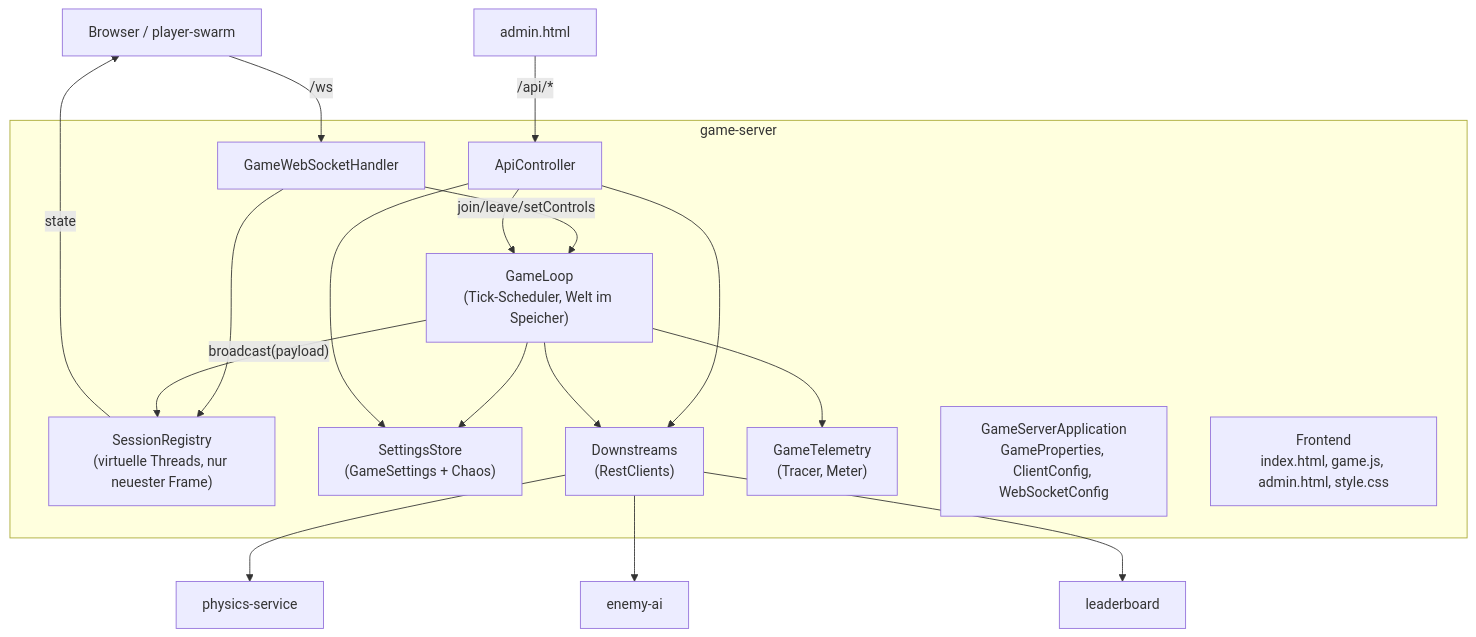
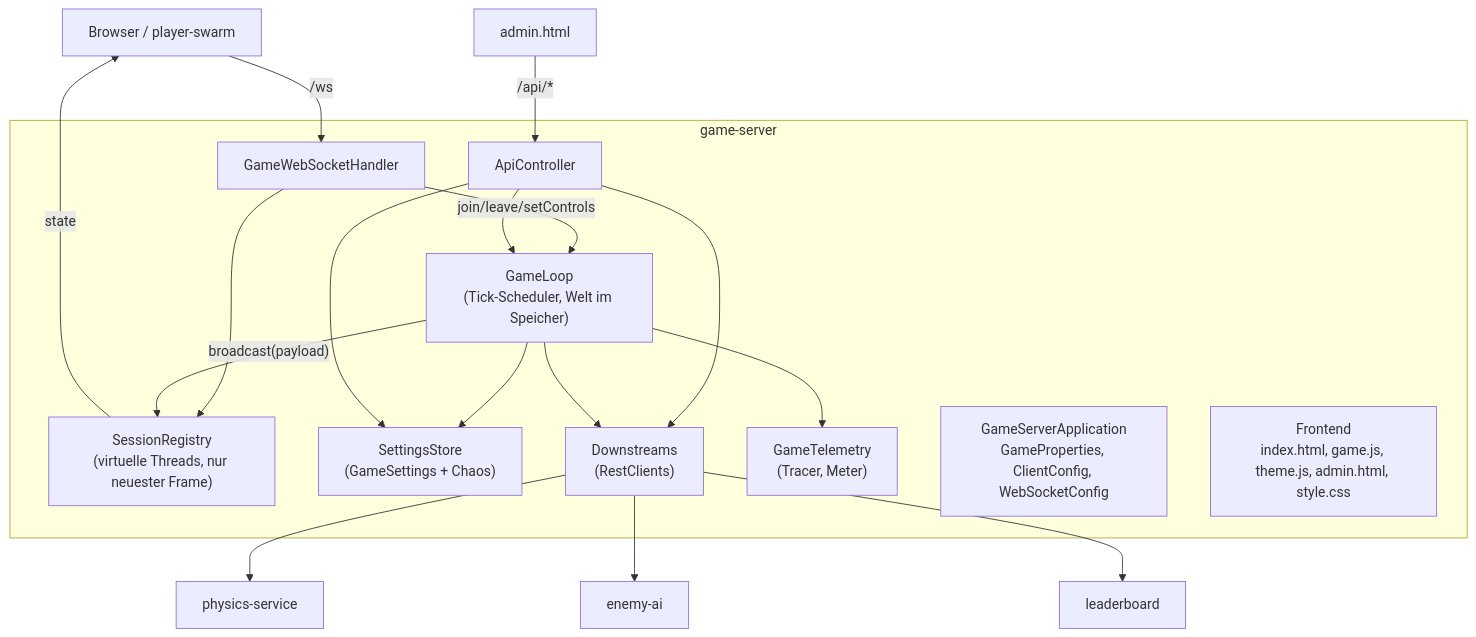
One commit to c-kaiser/u-boot-arcade changed the diagram in arc-doc/05-Bausteinsicht/05-02-Ebene-2-Game-Server.md. Above: the diagram before and after it, drawn with Mermaid. The commit also changed other lines of this file and 7 other files, not shown here.

````diff
--- a/arc-doc/05-Bausteinsicht/05-02-Ebene-2-Game-Server.md
+++ b/arc-doc/05-Bausteinsicht/05-02-Ebene-2-Game-Server.md
@@ -9,37 +9,37 @@
 ```mermaid
 flowchart TB
     Clients["Browser / player-swarm"]
     Admin["admin.html"]
 
     subgraph GS["game-server"]
         WSH["GameWebSocketHandler"]
         SR["SessionRegistry<br/>(virtuelle Threads, nur neuester Frame)"]
         GL["GameLoop<br/>(Tick-Scheduler, Welt im Speicher)"]
         API["ApiController"]
         SET["SettingsStore<br/>(GameSettings + Chaos)"]
         DS["Downstreams<br/>(RestClients)"]
         TEL["GameTelemetry<br/>(Tracer, Meter)"]
         CFG["GameServerApplication<br/>GameProperties, ClientConfig, WebSocketConfig"]
-        STATIC["Frontend<br/>index.html, game.js, admin.html, style.css"]
+        STATIC["Frontend<br/>index.html, game.js, theme.js, admin.html, style.css"]
     end
 
     PH["physics-service"]
     AI["enemy-ai"]
     LB["leaderboard"]
 
     Clients -- "/ws" --> WSH
     Admin -- "/api/*" --> API
     WSH -- "join/leave/setControls" --> GL
     WSH --> SR
     GL -- "broadcast(payload)" --> SR
     SR -- "state" --> Clients
     GL --> SET
     API --> SET
     API --> GL
     API --> DS
     GL --> DS
     GL --> TEL
     DS --> PH
     DS --> AI
     DS --> LB
 ```
````
